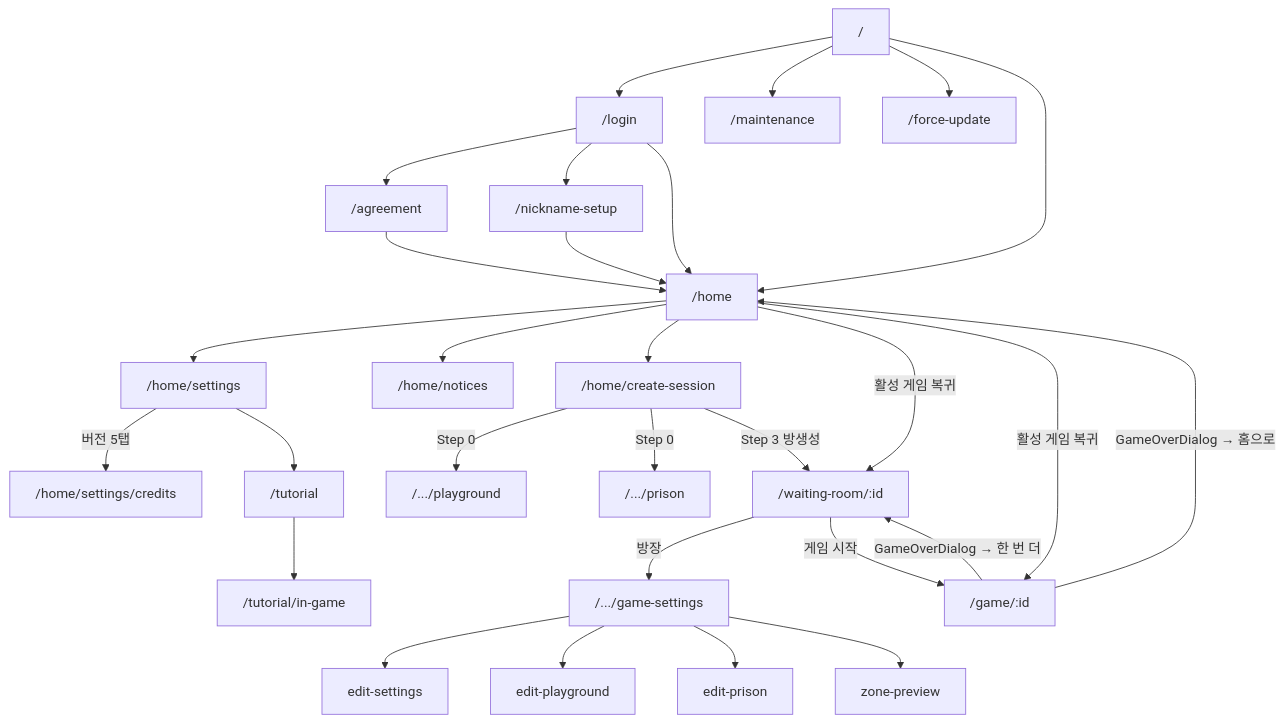
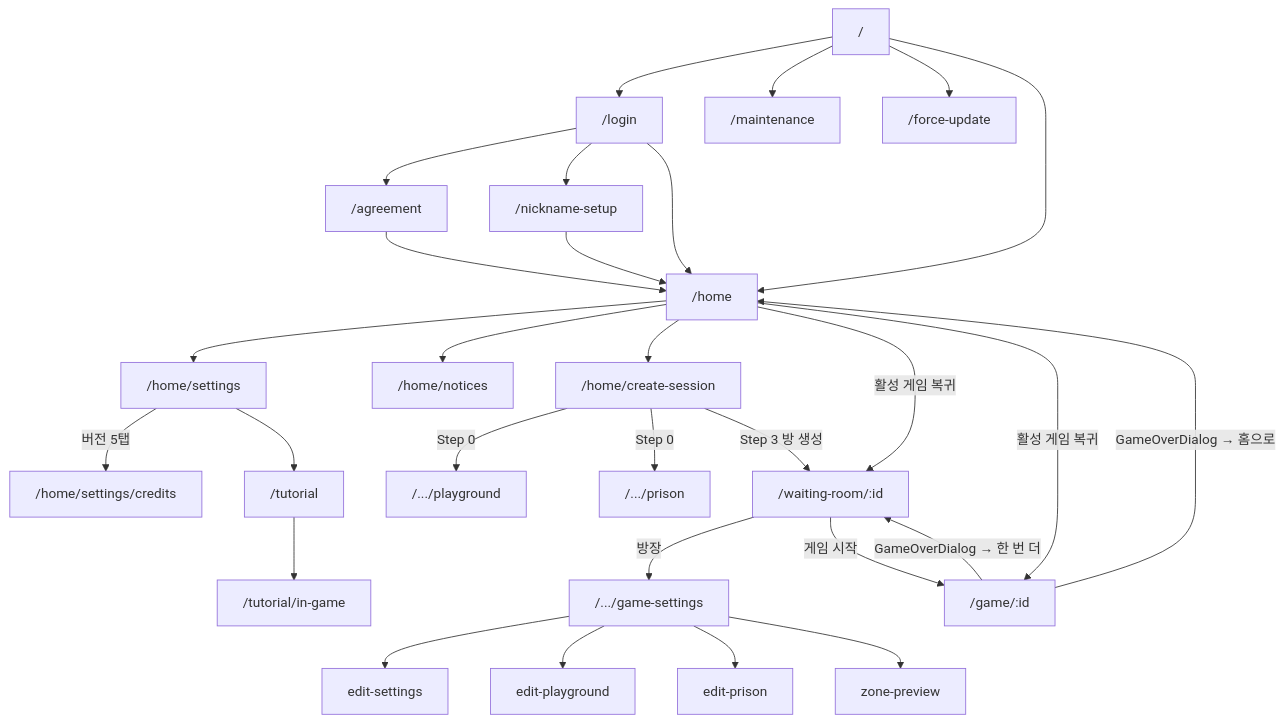
Before and after one commit to cops-and-robbers/cops-and-robbers-FE: the diagram in docs/INFORMATION_ARCHITECTURE.md, drawn with Mermaid. The commit also changed 6 other files, not shown here.

````diff
--- a/docs/INFORMATION_ARCHITECTURE.md
+++ b/docs/INFORMATION_ARCHITECTURE.md
@@ -297,38 +297,38 @@
 ```mermaid
 graph TD
     Splash["/"] --> Login["/login"]
     Splash --> Maintenance["/maintenance"]
     Splash --> ForceUpdate["/force-update"]
     Splash --> Home["/home"]
 
     Login --> Agreement["/agreement"]
     Login --> Nickname["/nickname-setup"]
     Login --> Home
 
     Agreement --> Home
     Nickname --> Home
 
     Home --> Settings["/home/settings"]
     Home --> Notices["/home/notices"]
     Home --> Create["/home/create-session"]
     Home -->|"활성 게임 복귀"| Waiting["/waiting-room/:id"]
     Home -->|"활성 게임 복귀"| Game["/game/:id"]
 
     Settings -->|"버전 5탭"| Credits["/home/settings/credits"]
     Settings --> Tutorial["/tutorial"]
     Tutorial --> InGameTutorial["/tutorial/in-game"]
 
     Create -->|"Step 0"| SetupPG["/.../playground"]
     Create -->|"Step 0"| SetupPrison["/.../prison"]
-    Create -->|"Step 3 방생성"| Waiting
+    Create -->|"Step 3 방 생성"| Waiting
 
     Waiting -->|"방장"| GameSettings["/.../game-settings"]
     Waiting -->|"게임 시작"| Game
     GameSettings --> EditSettings["edit-settings"]
     GameSettings --> EditPlayground["edit-playground"]
     GameSettings --> EditPrison["edit-prison"]
     GameSettings --> ZonePreview["zone-preview"]
 
     Game -->|"GameOverDialog → 홈으로"| Home
     Game -->|"GameOverDialog → 한 번 더"| Waiting
 ```
````
